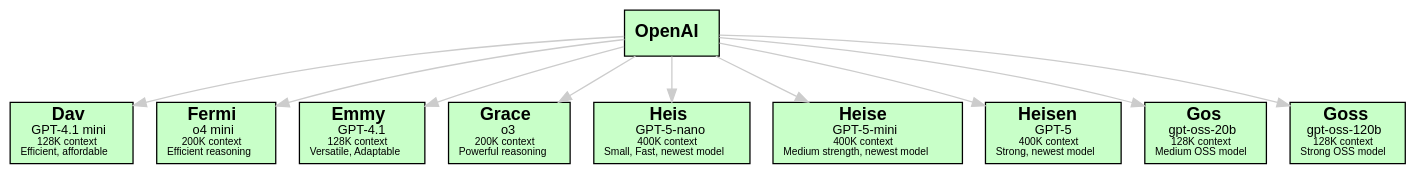
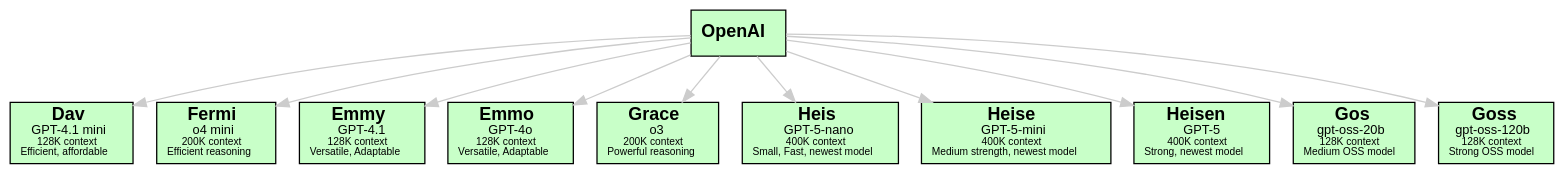
Before and after one commit to sswam/allemande: the fifth of 14 diagrams in doc/guide.md, drawn with Graphviz. The commit also changed other lines of this file, not shown here.

Commit message:
docs(doc): add Emmo model documentation
Adds Emmo (GPT-4o) to the OpenAI models graph, guide list, and model table.

````diff
--- a/doc/guide.md
+++ b/doc/guide.md
@@ -466,28 +466,30 @@
 ```dot
 digraph OpenAI {
     graph [bgcolor=transparent]
     edge [color="#CCCCCC"]
     node [shape=box, style=filled, fillcolor="#C8FFC8", fontname="Helvetica"]
 
     "OpenAI" [label=<<b>OpenAI</b>>]
     "Dav" [label=<<b>Dav</b><br/><font point-size="10">GPT-4.1 mini</font><br/><font point-size="8">128K context</font><br/><font point-size="8">Efficient, affordable</font>>]
     "Fermi" [label=<<b>Fermi</b><br/><font point-size="10">o4 mini</font><br/><font point-size="8">200K context</font><br/><font point-size="8">Efficient reasoning</font>>]
     "Emmy" [label=<<b>Emmy</b><br/><font point-size="10">GPT-4.1</font><br/><font point-size="8">128K context</font><br/><font point-size="8">Versatile, Adaptable</font>>]
+    "Emmo" [label=<<b>Emmo</b><br/><font point-size="10">GPT-4o</font><br/><font point-size="8">128K context</font><br/><font point-size="8">Versatile, Adaptable</font>>]
     "Grace" [label=<<b>Grace</b><br/><font point-size="10">o3</font><br/><font point-size="8">200K context</font><br/><font point-size="8">Powerful reasoning</font>>]
     "Heis" [label=<<b>Heis</b><br/><font point-size="10">GPT-5-nano</font><br/><font point-size="8">400K context</font><br/><font point-size="8">Small, Fast, newest model</font>>]
     "Heise" [label=<<b>Heise</b><br/><font point-size="10">GPT-5-mini</font><br/><font point-size="8">400K context</font><br/><font point-size="8">Medium strength, newest model</font>>]
     "Heisen" [label=<<b>Heisen</b><br/><font point-size="10">GPT-5</font><br/><font point-size="8">400K context</font><br/><font point-size="8">Strong, newest model</font>>]
     "Gos" [label=<<b>Gos</b><br/><font point-size="10">gpt-oss-20b</font><br/><font point-size="8">128K context</font><br/><font point-size="8">Medium OSS model</font>>]
     "Goss" [label=<<b>Goss</b><br/><font point-size="10">gpt-oss-120b</font><br/><font point-size="8">128K context</font><br/><font point-size="8">Strong OSS model</font>>]
 
     "OpenAI" -> "Dav"
     "OpenAI" -> "Fermi"
     "OpenAI" -> "Emmy"
+    "OpenAI" -> "Emmo"
     "OpenAI" -> "Grace"
     "OpenAI" -> "Heis"
     "OpenAI" -> "Heise"
     "OpenAI" -> "Heisen"
     "OpenAI" -> "Gos"
     "OpenAI" -> "Goss"
 }
 ```
````
